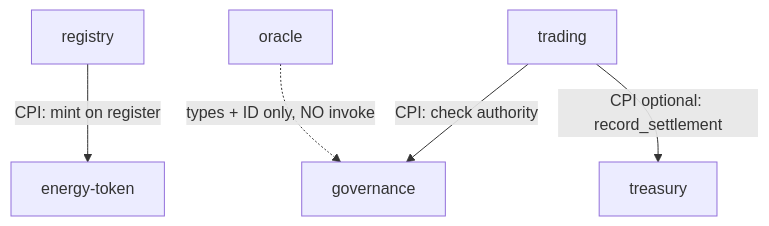
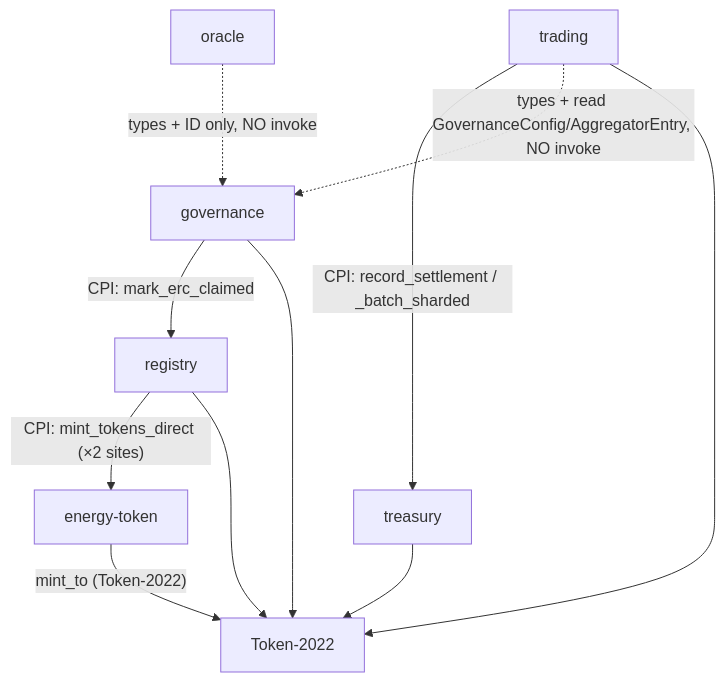
Before and after one commit to NakaSato/gridtokenx-anchor: the second of 2 diagrams in docs/diagrams/cpi-flow.md, drawn with Mermaid. The commit also changed other lines of this file and 22 other files, not shown here.

````diff
--- a/docs/diagrams/cpi-flow.md
+++ b/docs/diagrams/cpi-flow.md
@@ -131,7 +142,13 @@
 ```mermaid
 graph TD
-    REG["registry"] -->|CPI: mint on register| ET["energy-token"]
-    TRD["trading"] -->|CPI: check authority| GOV["governance"]
-    TRD -->|CPI optional: record_settlement| TRE["treasury"]
-    ORA["oracle"] -.->|types + ID only, NO invoke| GOV
+    GOV["governance"] -->|"CPI: mark_erc_claimed"| REG["registry"]
+    REG -->|"CPI: mint_tokens_direct (×2 sites)"| ET["energy-token"]
+    TRD["trading"] -->|"CPI: record_settlement / _batch_sharded"| TRE["treasury"]
+    TRD -.->|"types + read GovernanceConfig/AggregatorEntry, NO invoke"| GOV
+    ORA["oracle"] -.->|"types + ID only, NO invoke"| GOV
+    ET -->|"mint_to (Token-2022)"| T22["Token-2022"]
+    GOV --> T22
+    TRE --> T22
+    TRD --> T22
+    REG --> T22
 ```
````
